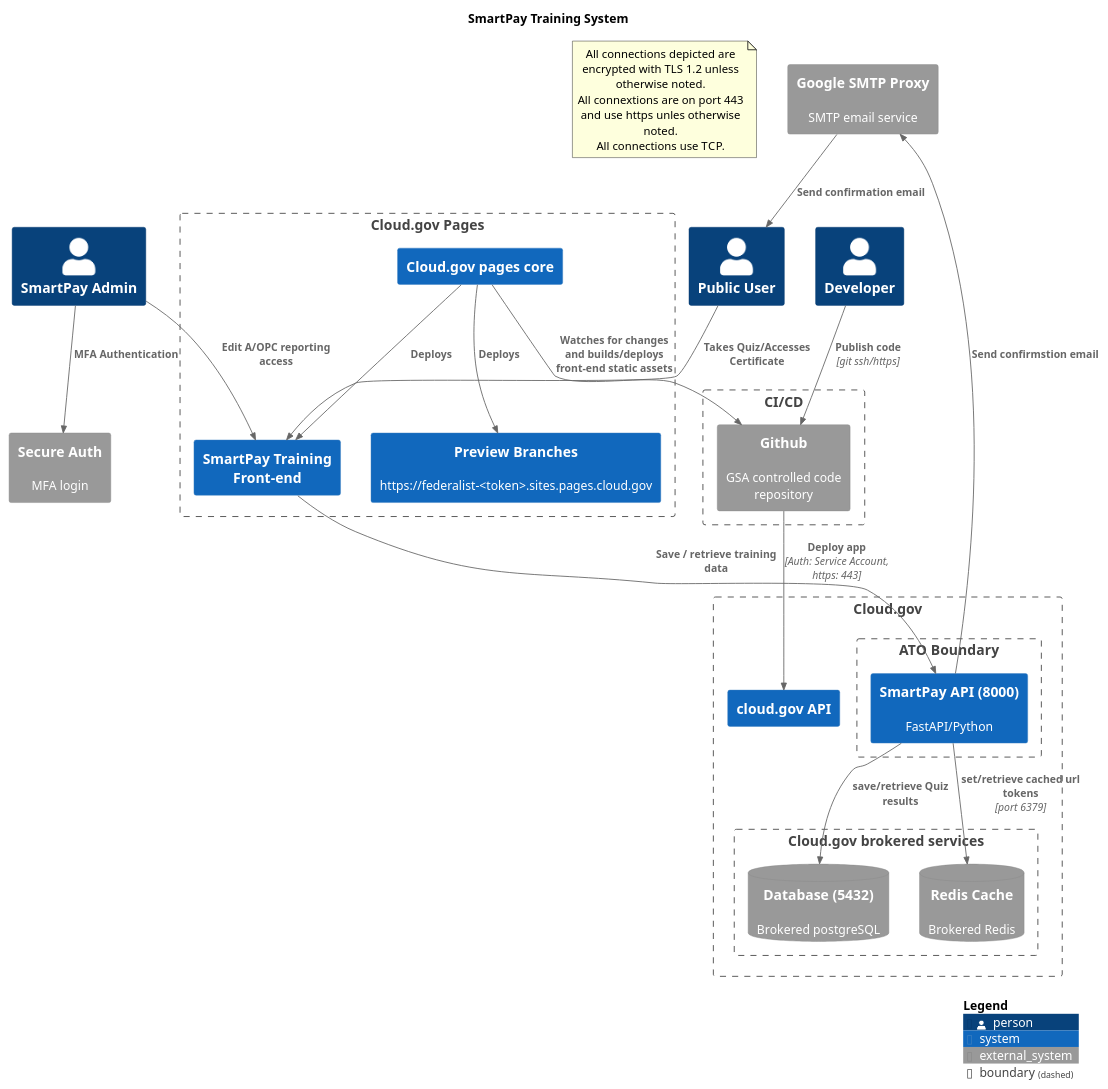
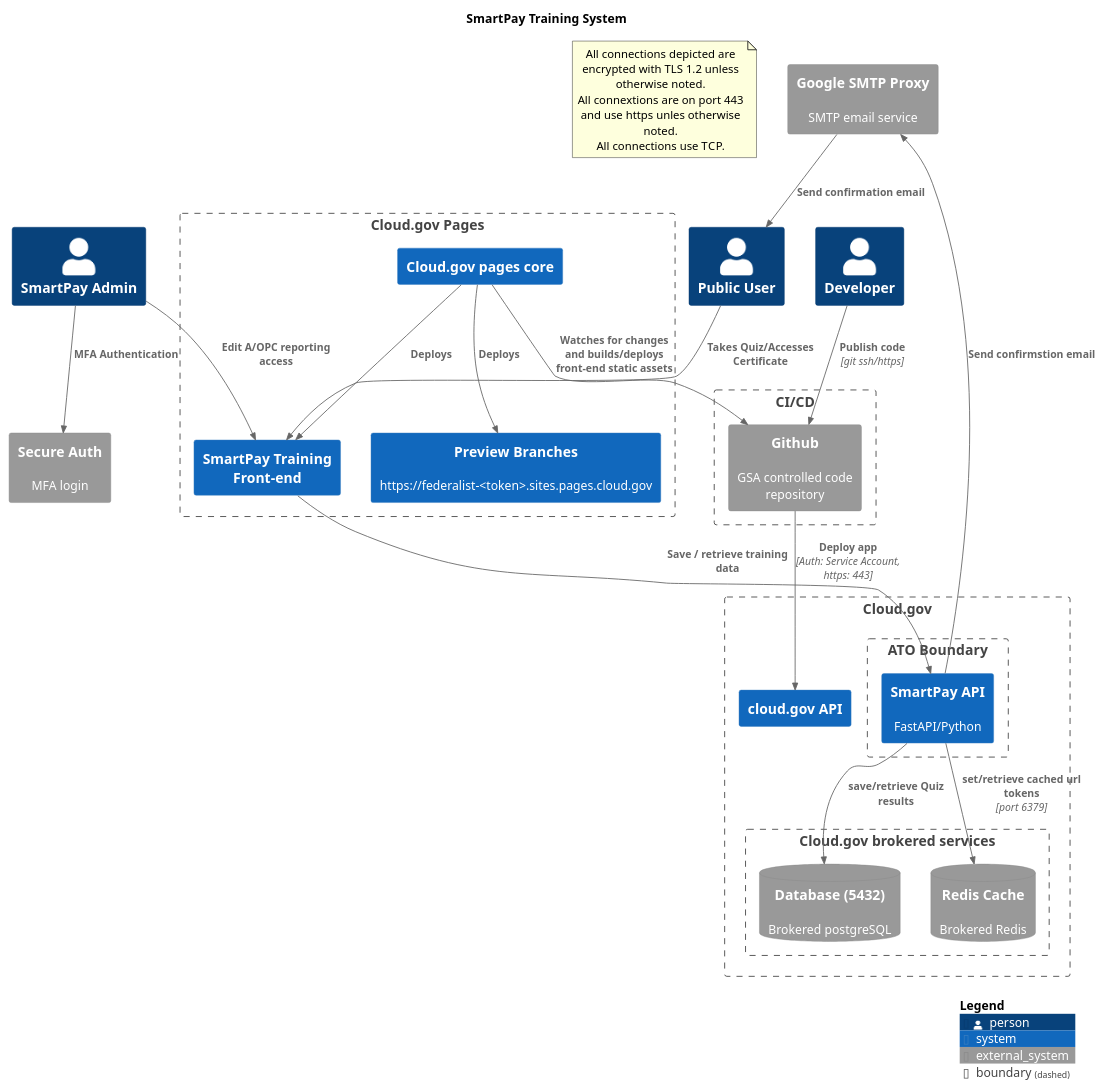
The diagram in docs/diagrams/smartpay_training_context.puml (GSA/smartpay-training), drawn with PlantUML before and after one commit. The commit also changed 5 other files, not shown here.

Commit message:
add 889 request flow and minor edits

```diff
--- a/docs/diagrams/smartpay_training_context.puml
+++ b/docs/diagrams/smartpay_training_context.puml
@@ -1,57 +1,57 @@
 @startuml smartpay_training_context
 !include https://raw.githubusercontent.com/plantuml-stdlib/C4-PlantUML/master/C4_Context.puml
 
 title SmartPay Training System
 
 note as ConnectionNote
 All connections depicted are encrypted with TLS 1.2 unless otherwise noted. 
 All connextions are on port 443 and use https unles otherwise noted.
 All connections use TCP. 
 end note
 
 Boundary(pages_boundary, "Cloud.gov Pages") {
     System(training_front_end, "SmartPay Training Front-end")
     System(cloud_pages, "Cloud.gov pages core")
     System(previews, "Preview Branches", "https://federalist-<token>.sites.pages.cloud.gov") 
 }
 
 Boundary(cloud_gov, "Cloud.gov ", "") {
     Boundary(ato, "ATO Boundary") {
-        System(sp_backend, "SmartPay API (8000)", "FastAPI/Python") 
+        System(sp_backend, "SmartPay API", "FastAPI/Python") 
     }
     System(cloud_api,"cloud.gov API")
     Boundary(cloudgov-services,"Cloud.gov brokered services") {
         SystemDb_Ext(db, "Database (5432)", "Brokered postgreSQL")
         SystemDb_Ext(redis, "Redis Cache", "Brokered Redis")
     } 
 } 
 
 Boundary(cicd, "CI/CD") {
   System_Ext(github, "Github", "GSA controlled code repository")
 }
 
 Person(SP_Admin, "SmartPay Admin")
 Person(Public, "Public User")
 Person(Developer, "Developer")
 
 System_Ext(uaa, "Secure Auth", "MFA login")
 System_Ext(smtp, "Google SMTP Proxy", "SMTP email service")
 
 Rel(SP_Admin, uaa, "MFA Authentication")
 Rel(SP_Admin, training_front_end, "Edit A/OPC reporting access")
 Rel(training_front_end, sp_backend, "Save / retrieve training data")
 
 Rel(Developer, github, "Publish code", "git ssh/https")
 Rel(github, cloud_api, "Deploy app", "Auth: Service Account, https: 443")
 Rel(cloud_pages, github, "Watches for changes and builds/deploys front-end static assets")
 
 Rel(smtp, Public, "Send confirmation email")
 Rel(sp_backend, smtp, "Send confirmstion email")
 Rel(Public, training_front_end, "Takes Quiz/Accesses Certificate")
 Rel(sp_backend, redis, "set/retrieve cached url tokens", "port 6379")
 Rel(sp_backend, db, "save/retrieve Quiz results")
 Rel(cloud_pages, training_front_end, "Deploys")
 Rel(cloud_pages, previews, "Deploys")
 
 SHOW_LEGEND()
 @enduml
```
